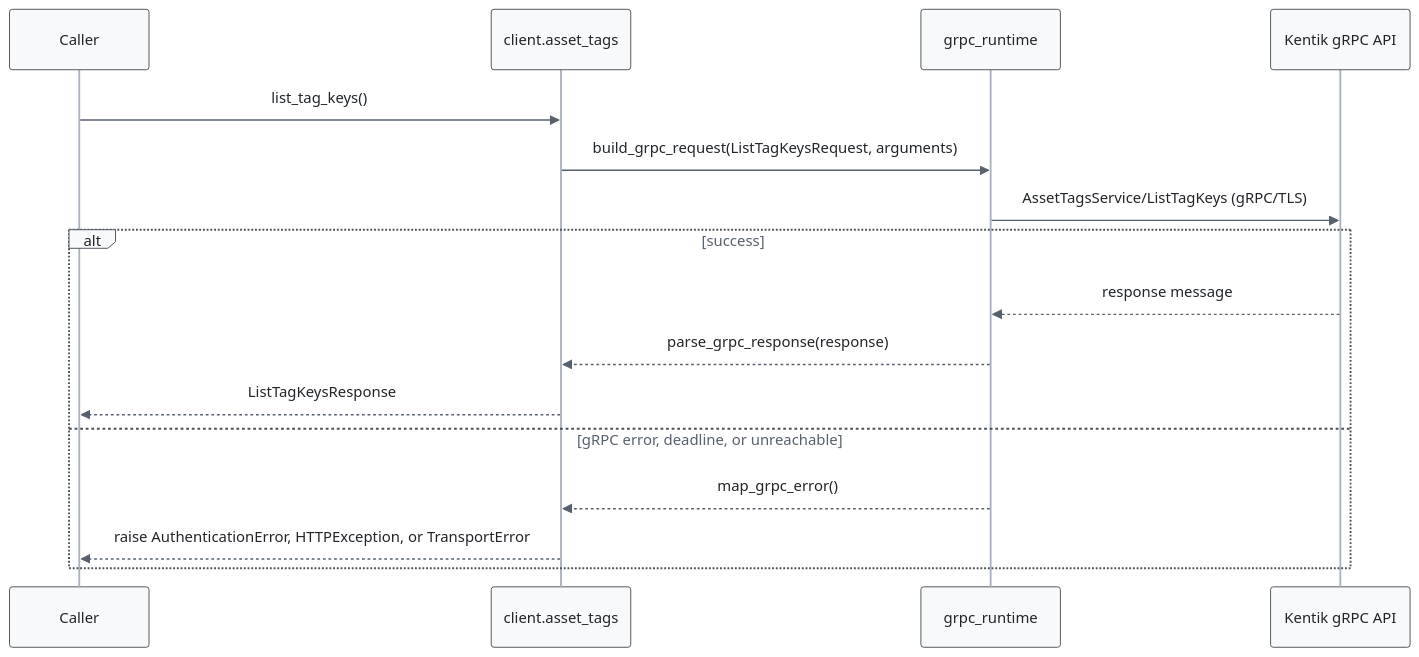
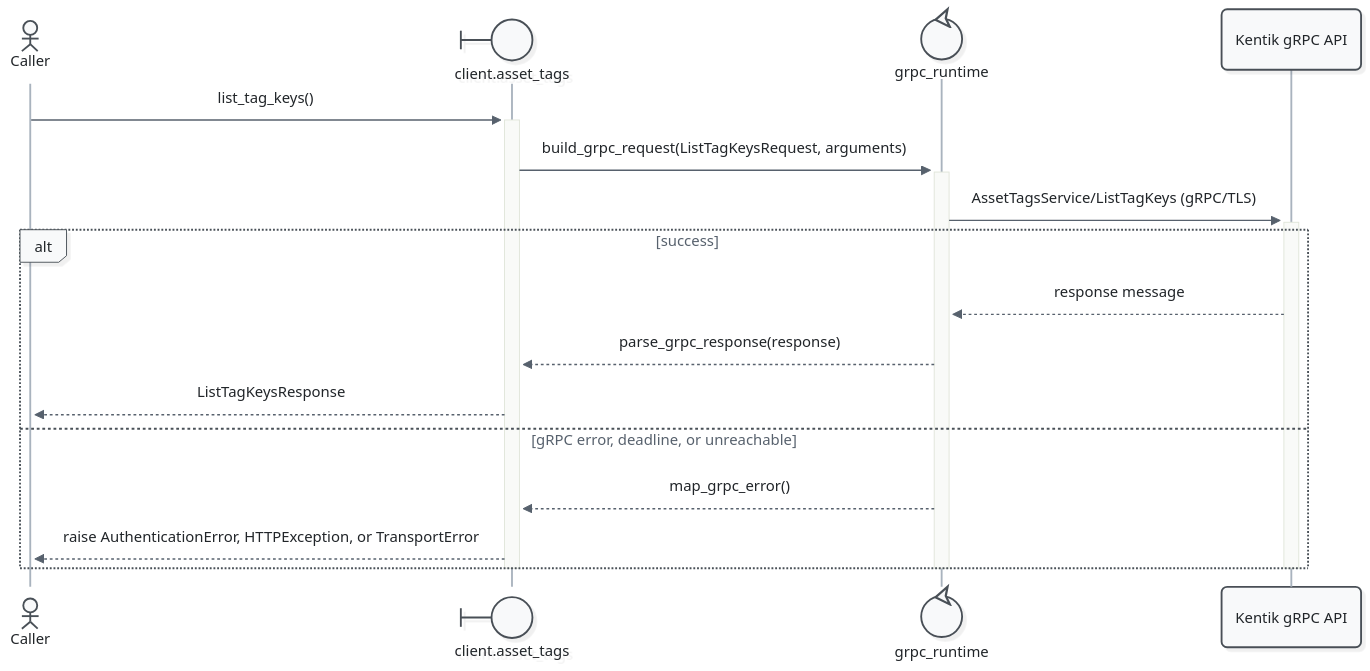
The fourth of 19 diagrams in docs/sphinx/services/asset_tags.md (alexdearaujo/community_sdk_python), drawn with Mermaid before and after one commit. The commit also changed other lines of this file and 52 other files, not shown here.

First line of the commit message:
docs: Mermaid 12 sequence diagrams with participant types and path colors

````diff
--- a/docs/sphinx/services/asset_tags.md
+++ b/docs/sphinx/services/asset_tags.md
@@ -135,20 +142,23 @@
 ```mermaid
-%%{init: {"theme": "base", "fontFamily": "ui-monospace, SFMono-Regular, Menlo, monospace", "themeVariables": {"fontFamily": "ui-monospace, SFMono-Regular, Menlo, monospace", "primaryColor": "#f8f9fa", "primaryBorderColor": "#495057", "primaryTextColor": "#212529", "textColor": "#212529", "lineColor": "#77818c", "edgeLabelBackground": "#ffffff", "actorBkg": "#f8f9fa", "actorBorder": "#495057", "actorTextColor": "#212529", "actorLineColor": "#a9b3be", "signalColor": "#57616d", "signalTextColor": "#212529", "labelBoxBkgColor": "#f8f9fa", "labelBoxBorderColor": "#495057", "labelTextColor": "#212529", "loopTextColor": "#57616d", "noteBkgColor": "#fff9db", "noteBorderColor": "#f08c00", "noteTextColor": "#a35a00"}, "flowchart": {"curve": "step", "nodeSpacing": 30, "rankSpacing": 70, "wrappingWidth": 400}}}%%
+%%{init: {"theme": "redux", "look": "neo", "layout": "dagre", "fontFamily": "ui-monospace, SFMono-Regular, Menlo, monospace", "themeVariables": {"fontFamily": "ui-monospace, SFMono-Regular, Menlo, monospace", "primaryColor": "#f8f9fa", "primaryBorderColor": "#495057", "primaryTextColor": "#212529", "textColor": "#212529", "lineColor": "#77818c", "edgeLabelBackground": "#ffffff", "actorBkg": "#f8f9fa", "actorBorder": "#495057", "actorTextColor": "#212529", "actorLineColor": "#a9b3be", "signalColor": "#57616d", "signalTextColor": "#212529", "labelBoxBkgColor": "#f8f9fa", "labelBoxBorderColor": "#495057", "labelTextColor": "#212529", "loopTextColor": "#57616d", "noteBkgColor": "#fff9db", "noteBorderColor": "#f08c00", "noteTextColor": "#a35a00"}, "sequence": {"activationWidth": 16}, "flowchart": {"curve": "step", "nodeSpacing": 30, "rankSpacing": 70, "wrappingWidth": 400}}}%%
 sequenceDiagram
-    participant C as Caller
-    participant W as client.asset_tags
-    participant R as grpc_runtime
+    actor C as Caller
+    participant W@{ "type": "boundary" } as client.asset_tags
+    participant R@{ "type": "control" } as grpc_runtime
     participant API as Kentik gRPC API
 
-    C->>W: list_tag_keys()
-    W->>R: build_grpc_request(ListTagKeysRequest, arguments)
-    R->>API: AssetTagsService/ListTagKeys (gRPC/TLS)
+    C->>+W: list_tag_keys()
+    W->>+R: build_grpc_request(ListTagKeysRequest, arguments)
+    R->>+API: AssetTagsService/ListTagKeys (gRPC/TLS)
     alt success
         API-->>R: response message
         R-->>W: parse_grpc_response(response)
         W-->>C: ListTagKeysResponse
     else gRPC error, deadline, or unreachable
         R-->>W: map_grpc_error()
         W-->>C: raise AuthenticationError, HTTPException, or TransportError
     end
+    deactivate API
+    deactivate R
+    deactivate W
 ```
````
